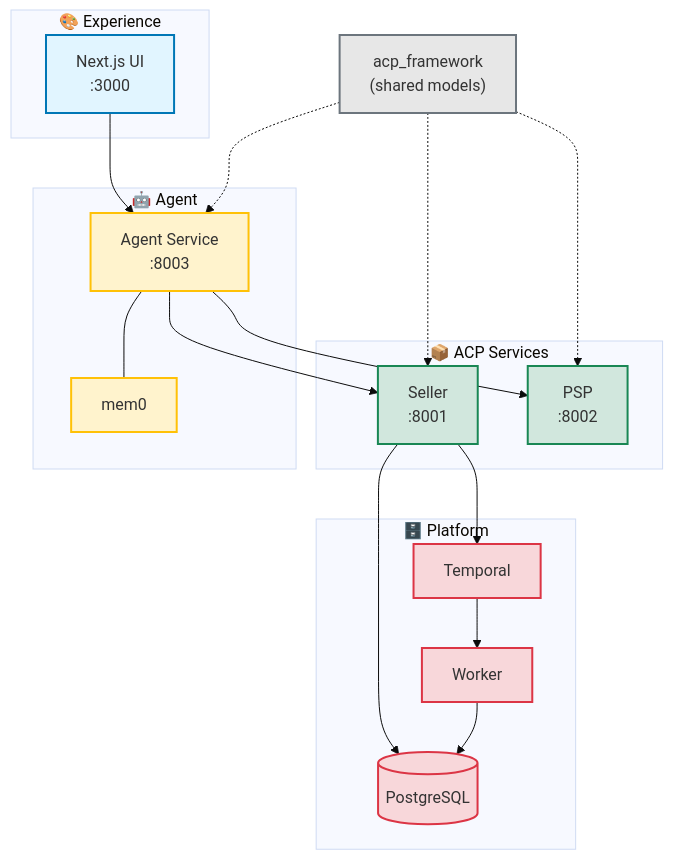
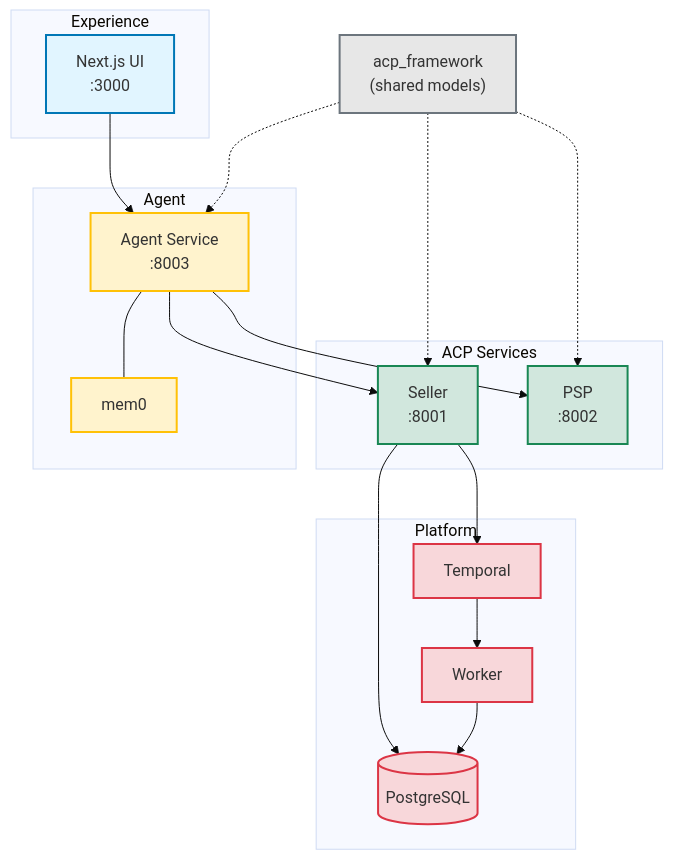
The first of 3 diagrams in README.md (shabazpatel/acp-infra), drawn with Mermaid (base theme) before and after one commit. The commit also changed other lines of this file, not shown here.

Commit message:
update readme on data flow diagram

````diff
--- a/README.md
+++ b/README.md
@@ -26,56 +26,56 @@
 ```mermaid
 flowchart TB
     %% Experience layer
-    subgraph EXPERIENCE["🎨 Experience"]
+    subgraph EXPERIENCE["Experience"]
         UI["Next.js UI<br/>:3000"]
     end
 
     %% Agent runtime
-    subgraph AGENTS["🤖 Agent"]
+    subgraph AGENTS["Agent"]
         AGENT["Agent Service<br/>:8003"]
         MEM["mem0"]
         AGENT --- MEM
     end
 
     %% ACP services
-    subgraph ACP["📦 ACP Services"]
+    subgraph ACP["ACP Services"]
         SELLER["Seller<br/>:8001"]
         PSP["PSP<br/>:8002"]
     end
 
     %% Platform
-    subgraph PLATFORM["🗄️ Platform"]
+    subgraph PLATFORM["Platform"]
         DB[("PostgreSQL")]
         TEMPORAL["Temporal"]
         WORKER["Worker"]
     end
 
     %% Framework
     FRAMEWORK["acp_framework<br/>(shared models)"]
 
     %% Connections
     UI --> AGENT
     AGENT --> SELLER
     AGENT --> PSP
     SELLER --> DB
     WORKER --> DB
     SELLER --> TEMPORAL
     TEMPORAL --> WORKER
 
     FRAMEWORK -.-> AGENT
     FRAMEWORK -.-> SELLER
     FRAMEWORK -.-> PSP
 
     %% Styling
     classDef experience fill:#e1f5ff,stroke:#0077b6,stroke-width:2px
     classDef agent fill:#fff3cd,stroke:#ffc107,stroke-width:2px
     classDef acp fill:#d1e7dd,stroke:#198754,stroke-width:2px
     classDef platform fill:#f8d7da,stroke:#dc3545,stroke-width:2px
     classDef framework fill:#e7e7e7,stroke:#6c757d,stroke-width:2px
 
     class UI experience
     class AGENT,MEM agent
     class SELLER,PSP acp
     class DB,TEMPORAL,WORKER platform
     class FRAMEWORK framework
 ```
````
